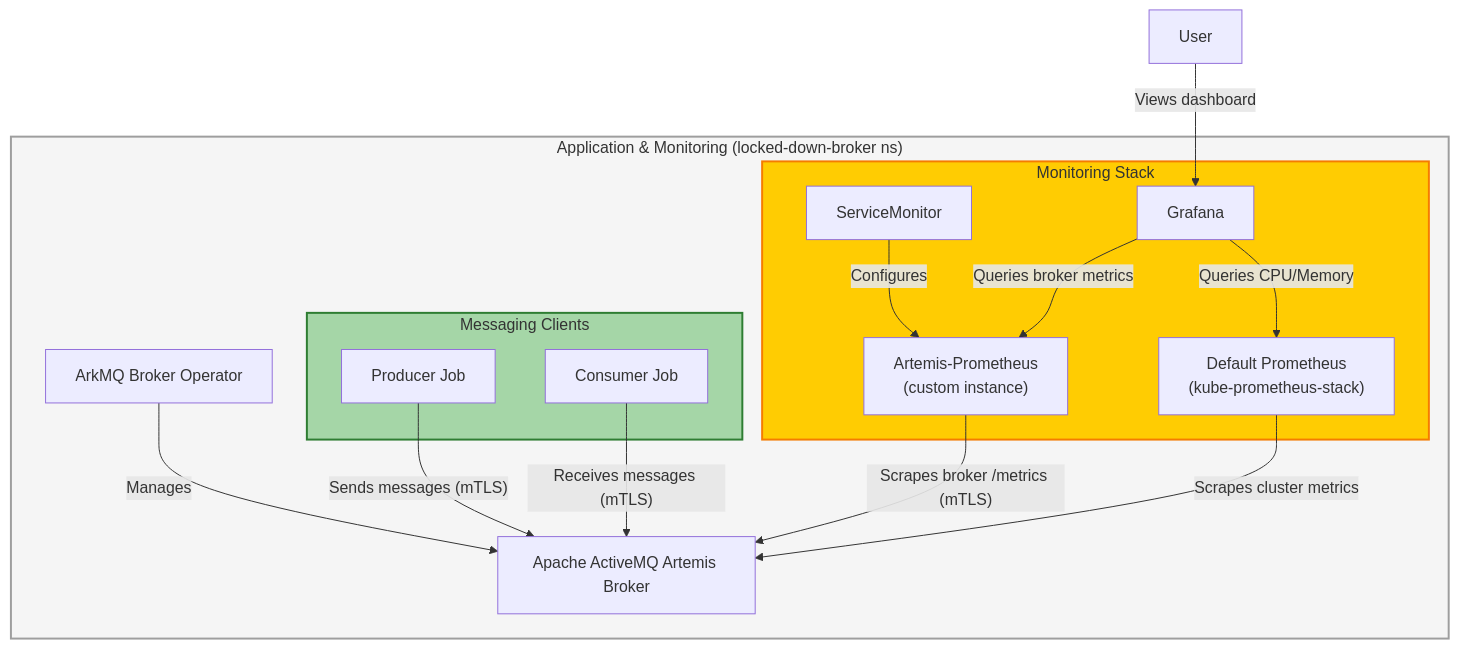
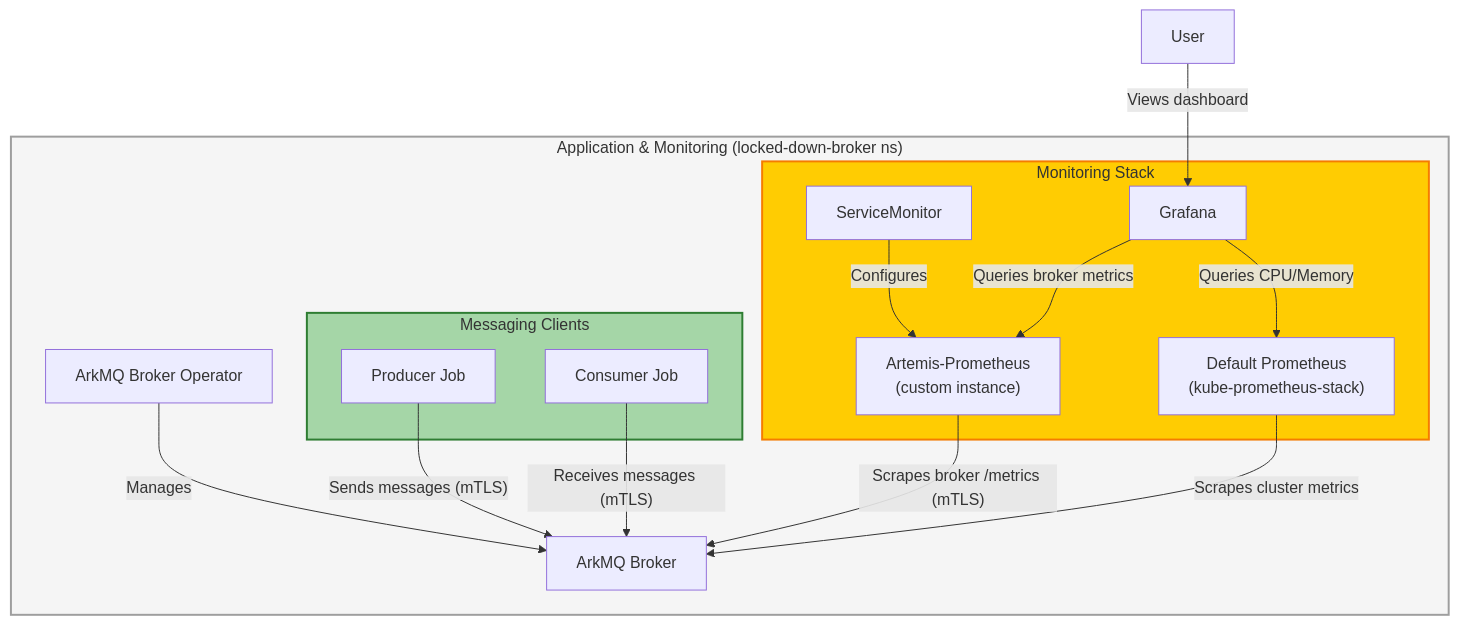
One commit to arkmq-org/activemq-artemis-operator changed the second of 2 diagrams in docs/tutorials/prometheus_locked_down.md. Above: the diagram before and after it, drawn with Mermaid. The commit also changed other lines of this file and 176 other files, not shown here.

````diff
--- a/docs/tutorials/prometheus_locked_down.md
+++ b/docs/tutorials/prometheus_locked_down.md
@@ -110,34 +110,34 @@
 ```mermaid
 graph TD
     subgraph app_monitoring ["Application & Monitoring (locked-down-broker ns)"]
         Operator["ArkMQ Broker Operator"]
-        ArtemisBroker["Apache ActiveMQ Artemis Broker"]
+        ArtemisBroker["ArkMQ Broker"]
 
         subgraph messaging_clients ["Messaging Clients"]
             Producer["Producer Job"]
             Consumer["Consumer Job"]
         end
 
         subgraph monitoring_stack ["Monitoring Stack"]
             DefaultProm["Default Prometheus<br/>(kube-prometheus-stack)"]
             ArtemisProm["Artemis-Prometheus<br/>(custom instance)"]
             ServiceMonitor["ServiceMonitor"]
             Grafana["Grafana"]
         end
     end
 
     Operator -->|"Manages"| ArtemisBroker
     Producer -->|"Sends messages (mTLS)"| ArtemisBroker
     Consumer -->|"Receives messages (mTLS)"| ArtemisBroker
     ServiceMonitor -->|"Configures"| ArtemisProm
     ArtemisProm -->|"Scrapes broker /metrics (mTLS)"| ArtemisBroker
     DefaultProm -->|"Scrapes cluster metrics"| ArtemisBroker
     Grafana -->|"Queries broker metrics"| ArtemisProm
     Grafana -->|"Queries CPU/Memory"| DefaultProm
 
     style app_monitoring fill:#f5f5f5,stroke:#9e9e9e,stroke-width:2px
     style messaging_clients fill:#a5d6a7,stroke:#2e7d32,stroke-width:2px
     style monitoring_stack fill:#ffcc02,stroke:#f57c00,stroke-width:2px
 
     User["User"] -->|"Views dashboard"| Grafana
 ```
````
